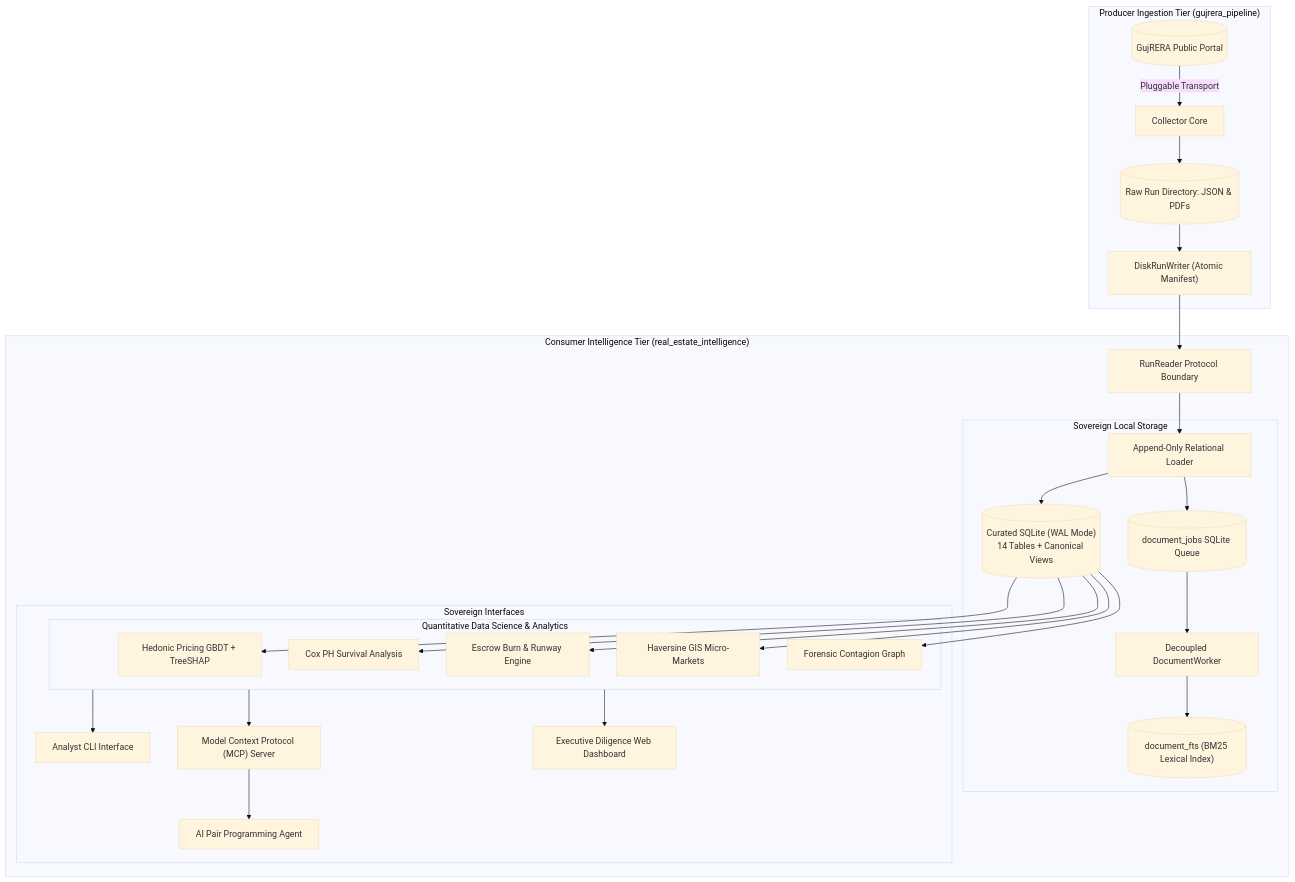
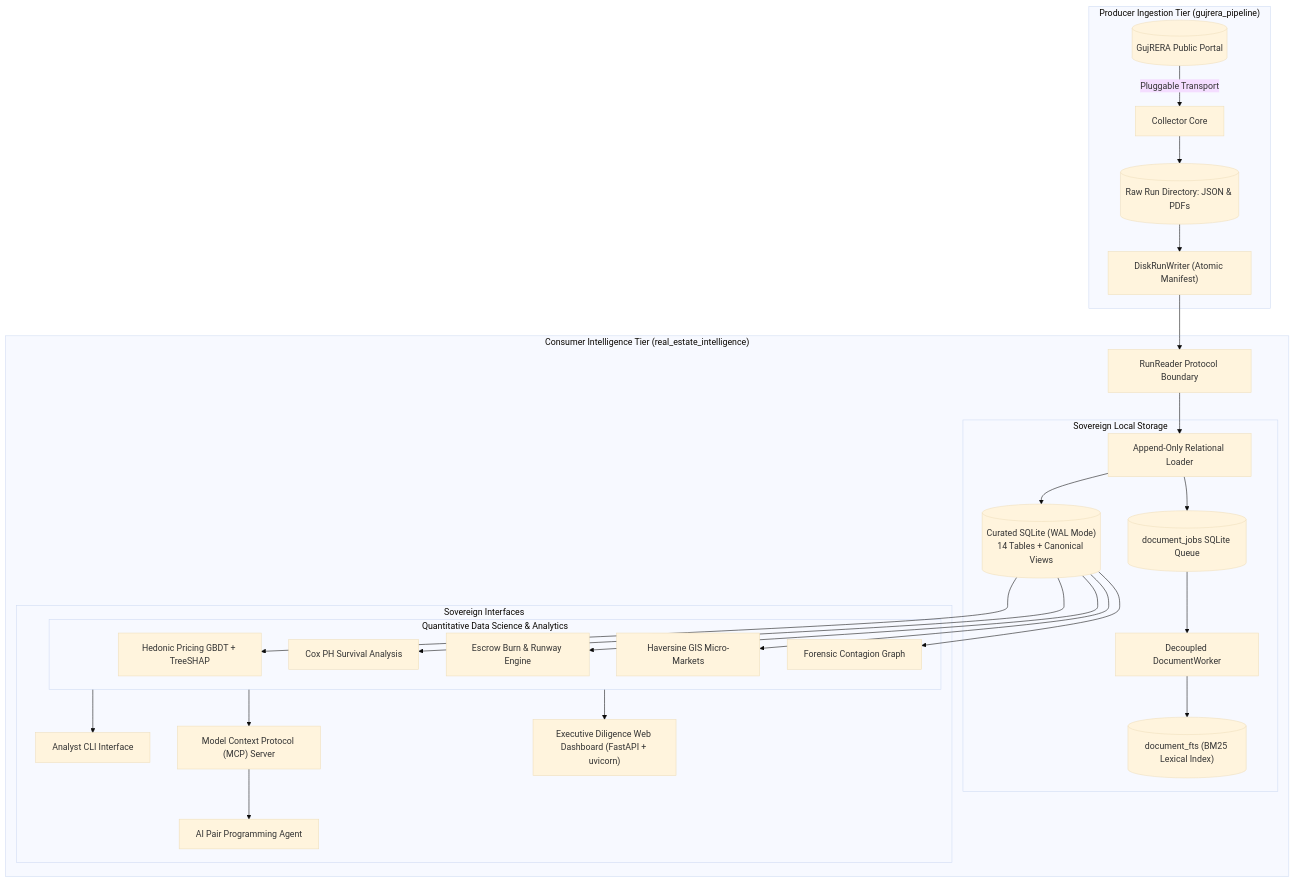
Before and after one commit to imadarsh1001/gujrera-intelligence: the first of 2 diagrams in SHOWCASE.md, drawn with Mermaid (base theme). The commit also changed other lines of this file and 51 other files, not shown here.

````diff
--- a/SHOWCASE.md
+++ b/SHOWCASE.md
@@ -29,35 +29,35 @@
 ```mermaid
 flowchart TD
     subgraph Tier1["Producer Ingestion Tier (gujrera_pipeline)"]
         Portal[("GujRERA Public Portal")] -->|Pluggable Transport| Collector["Collector Core"]
         Collector --> RawData[("Raw Run Directory: JSON & PDFs")]
         RawData --> DiskWriter["DiskRunWriter (Atomic Manifest)"]
     end
 
     subgraph Tier2["Consumer Intelligence Tier (real_estate_intelligence)"]
         DiskWriter --> RunReader["RunReader Protocol Boundary"]
         RunReader --> RelationalLoader["Append-Only Relational Loader"]
         
         subgraph Storage["Sovereign Local Storage"]
             RelationalLoader --> SQLite[("Curated SQLite (WAL Mode)\n14 Tables + Canonical Views")]
             RelationalLoader --> JobQueue[("document_jobs SQLite Queue")]
             JobQueue --> DocWorker["Decoupled DocumentWorker"]
             DocWorker --> FTS5[("document_fts (BM25 Lexical Index)")]
         end
 
         subgraph QuantitativeCore["Quantitative Data Science & Analytics"]
             SQLite --> HedonicML["Hedonic Pricing GBDT + TreeSHAP"]
             SQLite --> SurvivalModel["Cox PH Survival Analysis"]
             SQLite --> EscrowAuditor["Escrow Burn & Runway Engine"]
             SQLite --> SpatialEngine["Haversine GIS Micro-Markets"]
             SQLite --> KnowledgeGraph["Forensic Contagion Graph"]
         end
 
         subgraph Interfaces["Sovereign Interfaces"]
             QuantitativeCore --> CLI["Analyst CLI Interface"]
             QuantitativeCore --> MCPServer["Model Context Protocol (MCP) Server"]
-            QuantitativeCore --> WebUI["Executive Diligence Web Dashboard"]
+            QuantitativeCore --> WebUI["Executive Diligence Web Dashboard (FastAPI + uvicorn)"]
             MCPServer --> AIAgent["AI Pair Programming Agent"]
         end
     end
 ```
````
